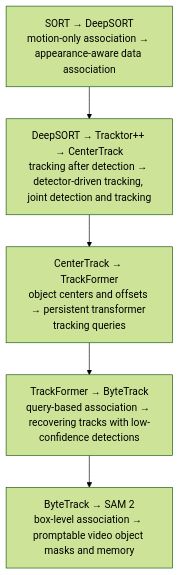
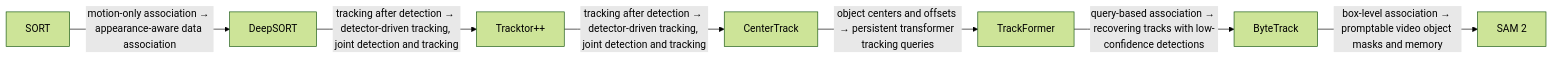
The fourth of 15 diagrams in README.md (SechanOh/awesome-multimodal-perception), drawn with Mermaid (forest theme) before and after one commit. The commit also changed other lines of this file, not shown here.

Commit message:
Refine field evolution diagrams

````diff
--- a/README.md
+++ b/README.md
@@ -138,9 +151,16 @@
 ```mermaid
-flowchart TD
-    step1["SORT → DeepSORT<br/>motion-only association → appearance-aware data association"]
-    step2["DeepSORT → Tracktor++ → CenterTrack<br/>tracking after detection → detector-driven tracking, joint detection and tracking"]
-    step3["CenterTrack → TrackFormer<br/>object centers and offsets → persistent transformer tracking queries"]
-    step4["TrackFormer → ByteTrack<br/>query-based association → recovering tracks with low-confidence detections"]
-    step5["ByteTrack → SAM 2<br/>box-level association → promptable video object masks and memory"]
-    step1 --> step2 --> step3 --> step4 --> step5
+flowchart LR
+    s3n1["SORT"]
+    s3n2["DeepSORT"]
+    s3n3["Tracktor++"]
+    s3n4["CenterTrack"]
+    s3n5["TrackFormer"]
+    s3n6["ByteTrack"]
+    s3n7["SAM 2"]
+    s3n1 -->|"motion-only association → appearance-aware data association"| s3n2
+    s3n2 -->|"tracking after detection → detector-driven tracking, joint detection and tracking"| s3n3
+    s3n3 -->|"tracking after detection → detector-driven tracking, joint detection and tracking"| s3n4
+    s3n4 -->|"object centers and offsets → persistent transformer tracking queries"| s3n5
+    s3n5 -->|"query-based association → recovering tracks with low-confidence detections"| s3n6
+    s3n6 -->|"box-level association → promptable video object masks and memory"| s3n7
 ```
````
